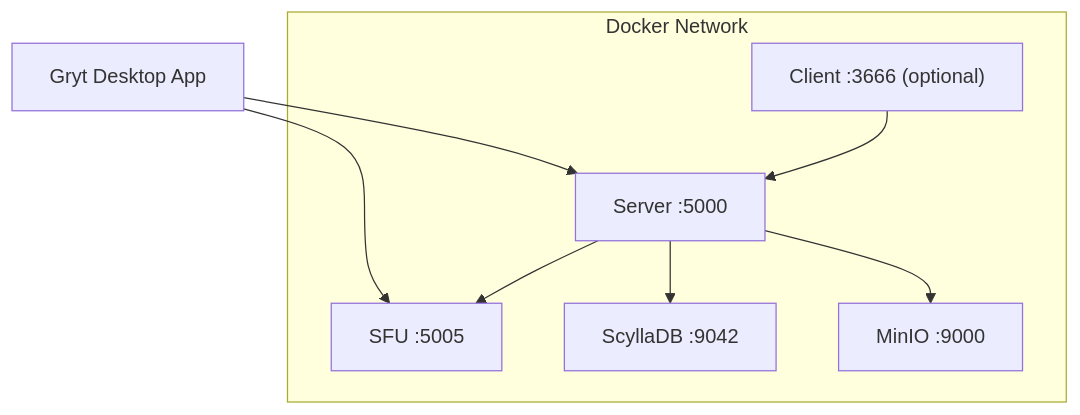
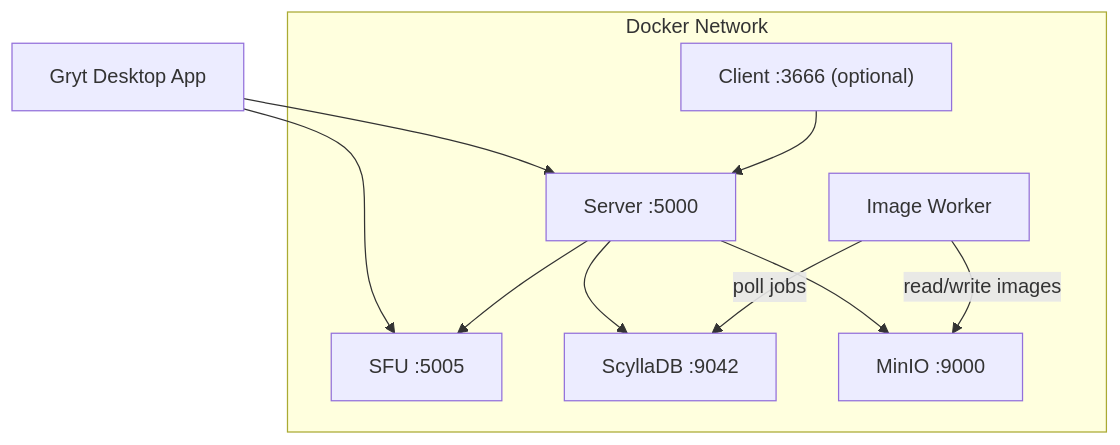
Before and after one commit to Gryt-chat/docs: the diagram in content/docs/deployment/docker-compose.mdx, drawn with Mermaid. The commit also changed other lines of this file and 4 other files, not shown here.

````diff
--- a/content/docs/deployment/docker-compose.mdx
+++ b/content/docs/deployment/docker-compose.mdx
@@ -101,11 +102,13 @@
 ```mermaid
 graph TD
   Desktop["Gryt Desktop App"] --> Server["Server :5000"]
   Desktop --> SFU["SFU :5005"]
   subgraph Docker Network
     Client["Client :3666 (optional)"] --> Server
     Server --> SFU
     Server --> Scylla["ScyllaDB :9042"]
     Server --> MinIO["MinIO :9000"]
+    ImageWorker["Image Worker"] -->|"poll jobs"| Scylla
+    ImageWorker -->|"read/write images"| MinIO
   end
 ```
````
